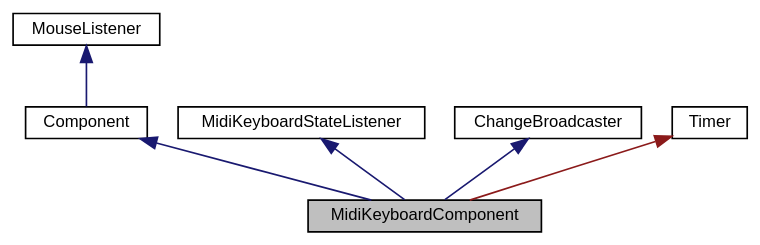
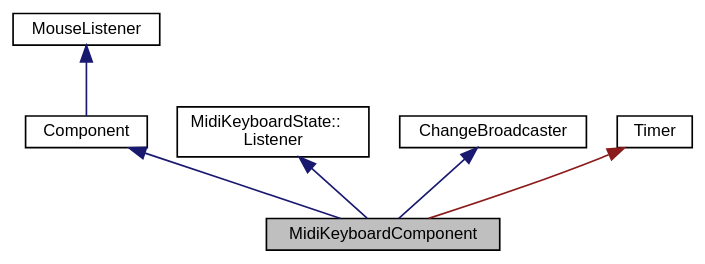
The diagram in doc/classMidiKeyboardComponent__inherit__graph.dot (klangfreund/jucedoc), drawn with Graphviz before and after one commit. The commit also changed 2765 other files, not shown here.

```diff
--- a/doc/classMidiKeyboardComponent__inherit__graph.dot
+++ b/doc/classMidiKeyboardComponent__inherit__graph.dot
@@ -1,17 +1,17 @@
 digraph "MidiKeyboardComponent"
 {
   bgcolor="transparent";
   edge [fontname="Helvetica",fontsize="10",labelfontname="Helvetica",labelfontsize="10"];
   node [fontname="Helvetica",fontsize="10",shape=record];
   Node0 [label="MidiKeyboardComponent",height=0.2,width=0.4,color="black", fillcolor="grey75", style="filled", fontcolor="black"];
   Node1 -> Node0 [dir="back",color="midnightblue",fontsize="10",style="solid",fontname="Helvetica"];
   Node1 [label="Component",height=0.2,width=0.4,color="black",URL="$classComponent.html",tooltip="The base class for all JUCE user-interface objects. "];
   Node2 -> Node1 [dir="back",color="midnightblue",fontsize="10",style="solid",fontname="Helvetica"];
   Node2 [label="MouseListener",height=0.2,width=0.4,color="black",URL="$classMouseListener.html",tooltip="A MouseListener can be registered with a component to receive callbacks about mouse events that happe..."];
   Node3 -> Node0 [dir="back",color="midnightblue",fontsize="10",style="solid",fontname="Helvetica"];
-  Node3 [label="MidiKeyboardStateListener",height=0.2,width=0.4,color="black",URL="$classMidiKeyboardStateListener.html",tooltip="Receives events from a MidiKeyboardState object. "];
+  Node3 [label="MidiKeyboardState::\lListener",height=0.2,width=0.4,color="black",URL="$classMidiKeyboardState_1_1Listener.html",tooltip="Receives events from a MidiKeyboardState object. "];
   Node4 -> Node0 [dir="back",color="midnightblue",fontsize="10",style="solid",fontname="Helvetica"];
   Node4 [label="ChangeBroadcaster",height=0.2,width=0.4,color="black",URL="$classChangeBroadcaster.html",tooltip="Holds a list of ChangeListeners, and sends messages to them when instructed. "];
   Node5 -> Node0 [dir="back",color="firebrick4",fontsize="10",style="solid",fontname="Helvetica"];
   Node5 [label="Timer",height=0.2,width=0.4,color="black",URL="$classTimer.html",tooltip="Makes repeated callbacks to a virtual method at a specified time interval. "];
 }
```
